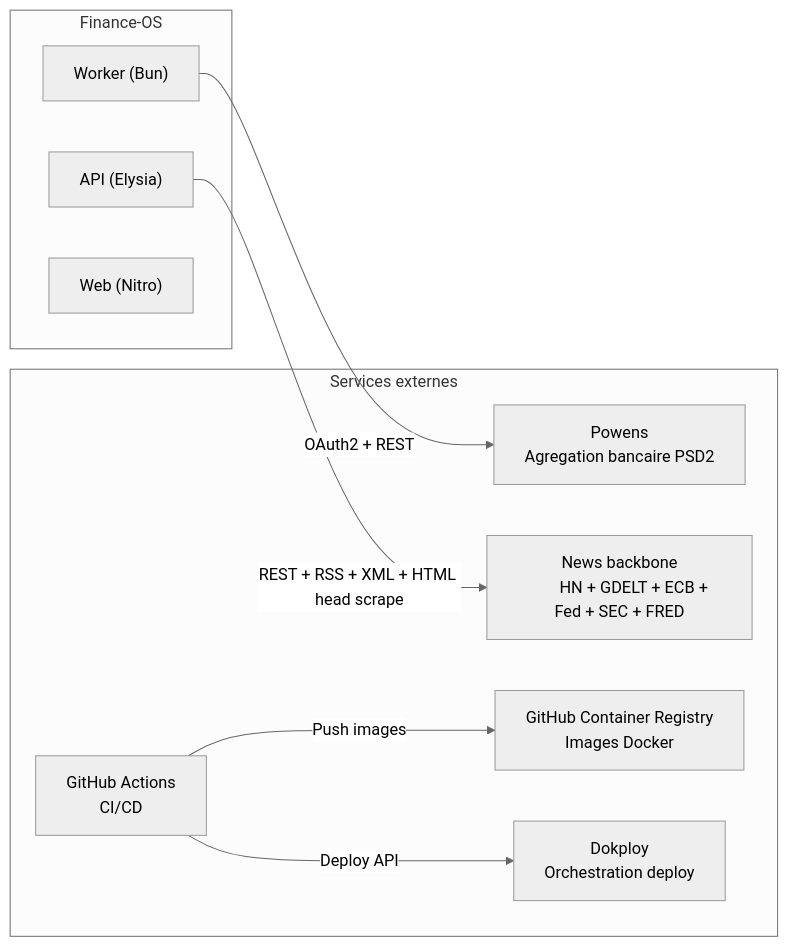
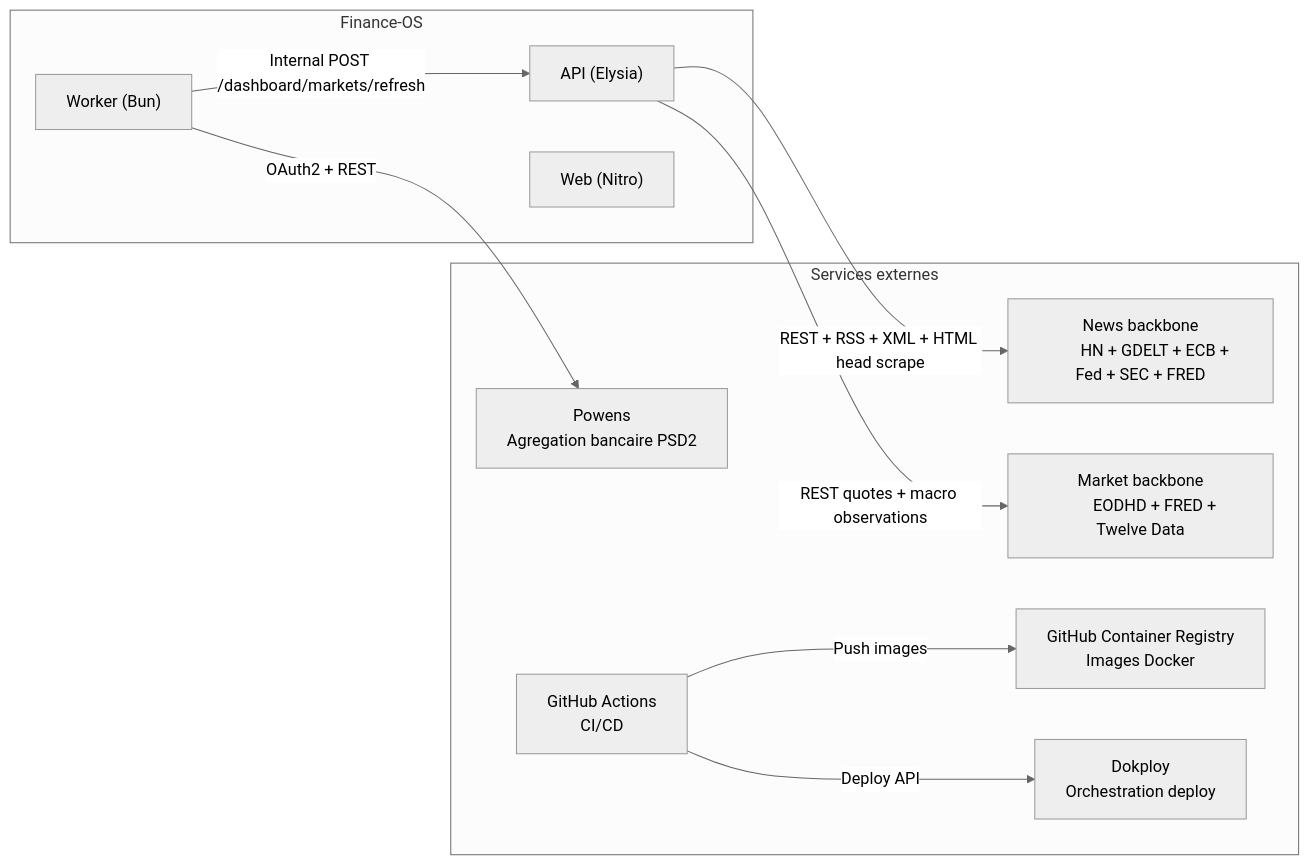
One commit to BigZoo92/finance-os changed the diagram in docs/context/EXTERNAL-SERVICES.md. Above: the diagram before and after it, drawn with Mermaid (neutral theme). The commit also changed other lines of this file and 68 other files, not shown here.

````diff
--- a/docs/context/EXTERNAL-SERVICES.md
+++ b/docs/context/EXTERNAL-SERVICES.md
@@ -11,26 +11,30 @@
 ```mermaid
 graph LR
     subgraph "Finance-OS"
         API["API (Elysia)"]
         Worker["Worker (Bun)"]
         Web["Web (Nitro)"]
     end
 
     subgraph "Services externes"
         Powens["Powens
         Agregation bancaire PSD2"]
         NewsBackbone["News backbone
         HN + GDELT + ECB + Fed + SEC + FRED"]
+        MarketBackbone["Market backbone
+        EODHD + FRED + Twelve Data"]
         GHCR["GitHub Container Registry
         Images Docker"]
         Dokploy["Dokploy
         Orchestration deploy"]
         GHA["GitHub Actions
         CI/CD"]
     end
 
     Worker -->|"OAuth2 + REST"| Powens
     API -->|"REST + RSS + XML + HTML head scrape"| NewsBackbone
+    API -->|"REST quotes + macro observations"| MarketBackbone
+    Worker -->|"Internal POST /dashboard/markets/refresh"| API
     GHA -->|"Push images"| GHCR
     GHA -->|"Deploy API"| Dokploy
 ```
````
